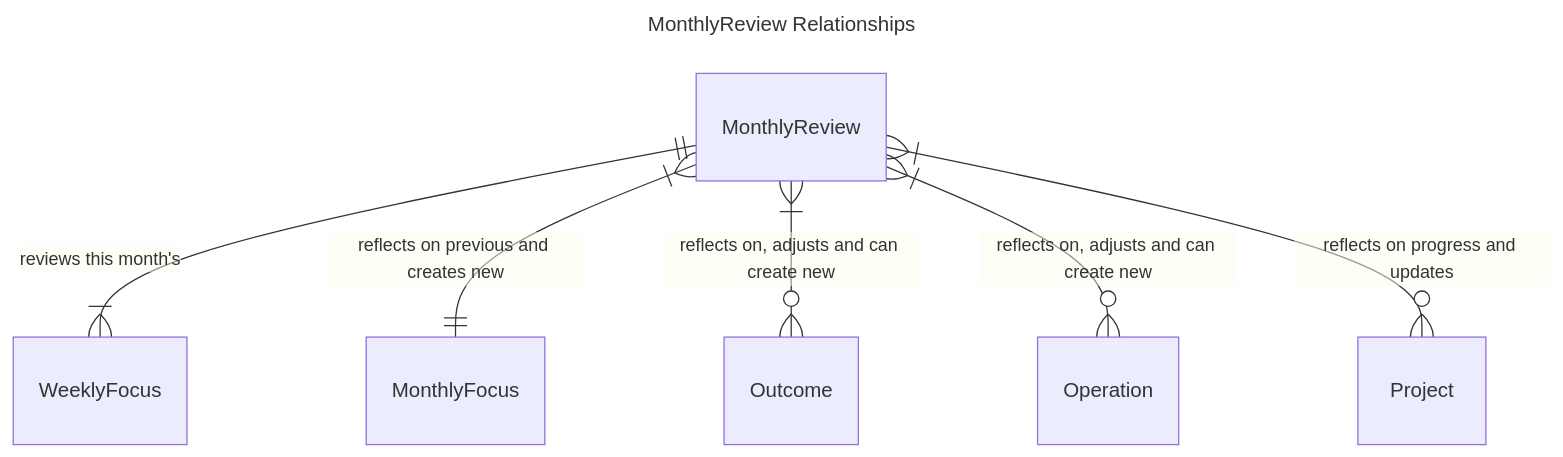
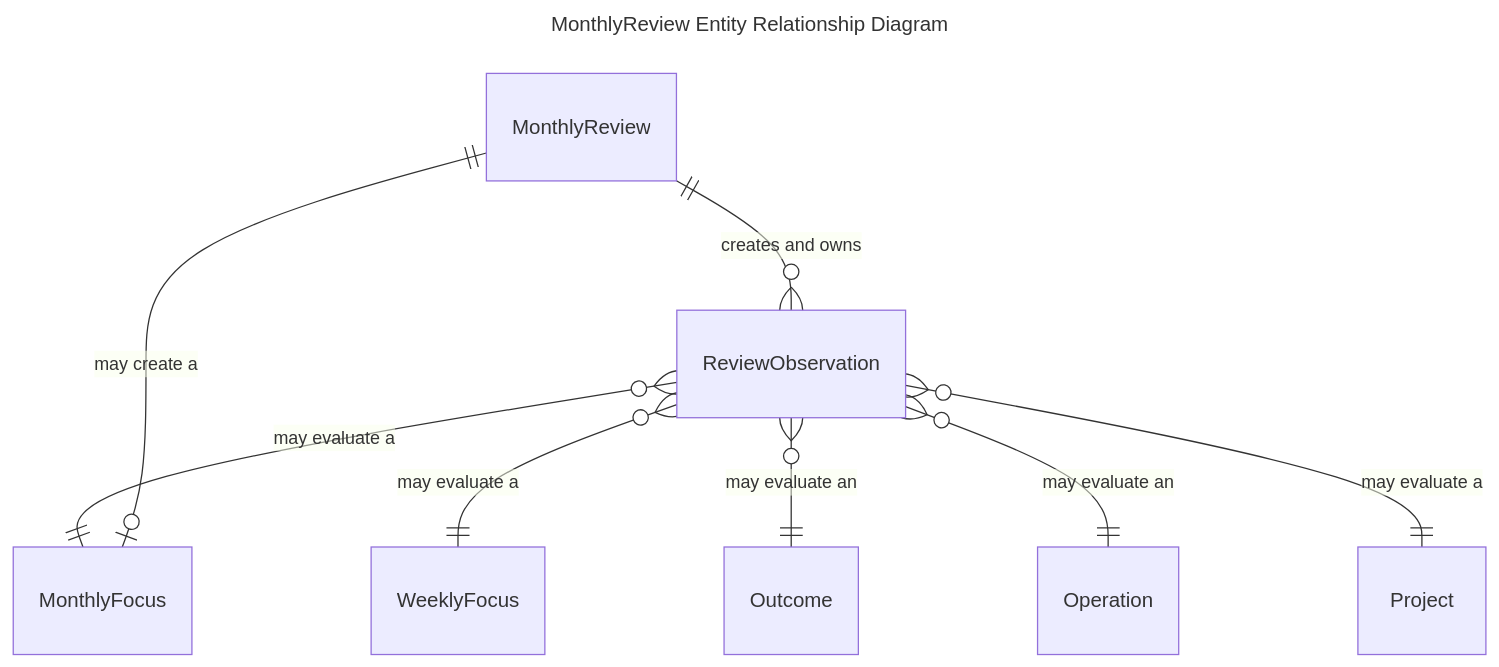
The seventh of 8 diagrams in design-docs/02-entity-relationship-mermaid.md (osgrouch/olos), drawn with Mermaid before and after one commit. The commit also changed other lines of this file and 5 other files, not shown here.

Commit message:
Refactoring Domains: refining Review and Focus

````diff
--- a/design-docs/02-entity-relationship-mermaid.md
+++ b/design-docs/02-entity-relationship-mermaid.md
@@ -115,13 +156,17 @@
 ``` mermaid
 ---
-title: MonthlyReview Relationships
+title: MonthlyReview Entity Relationship Diagram
 ---
 erDiagram
   direction TB
 
-  MonthlyReview ||--|{ WeeklyFocus : "reviews this month's"
-  MonthlyReview }|--|| MonthlyFocus : "reflects on previous and creates new"
-  MonthlyReview }|--o{ Outcome : "reflects on, adjusts and can create new"
-  MonthlyReview }|--o{ Operation : "reflects on, adjusts and can create new"
-  MonthlyReview }|--o{ Project : "reflects on progress and updates"
+  MonthlyReview ||--o{ ReviewObservation : "creates and owns"
+
+  ReviewObservation }o--|| MonthlyFocus : "may evaluate a"
+  ReviewObservation }o--|| WeeklyFocus : "may evaluate a"
+  ReviewObservation }o--|| Outcome : "may evaluate an"
+  ReviewObservation }o--|| Operation : "may evaluate an"
+  ReviewObservation }o--|| Project : "may evaluate a"
+
+  MonthlyReview ||--o| MonthlyFocus : "may create a"
 ```
````
